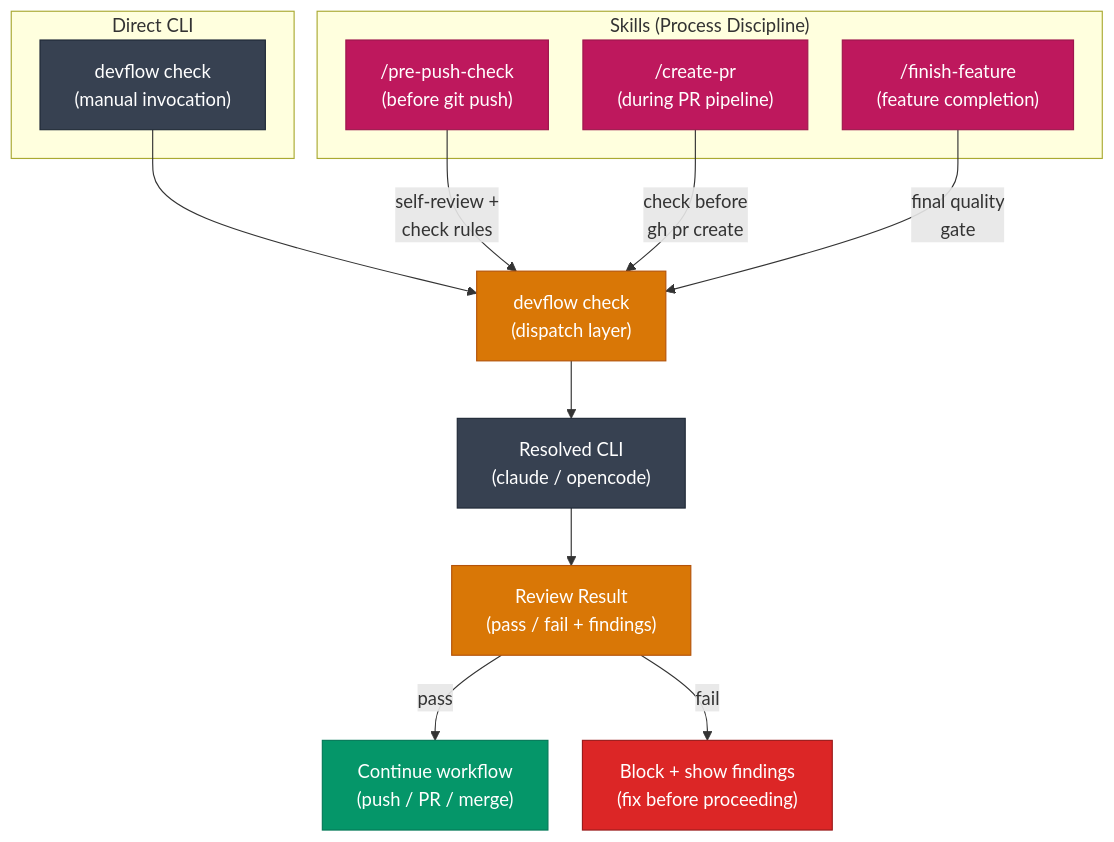
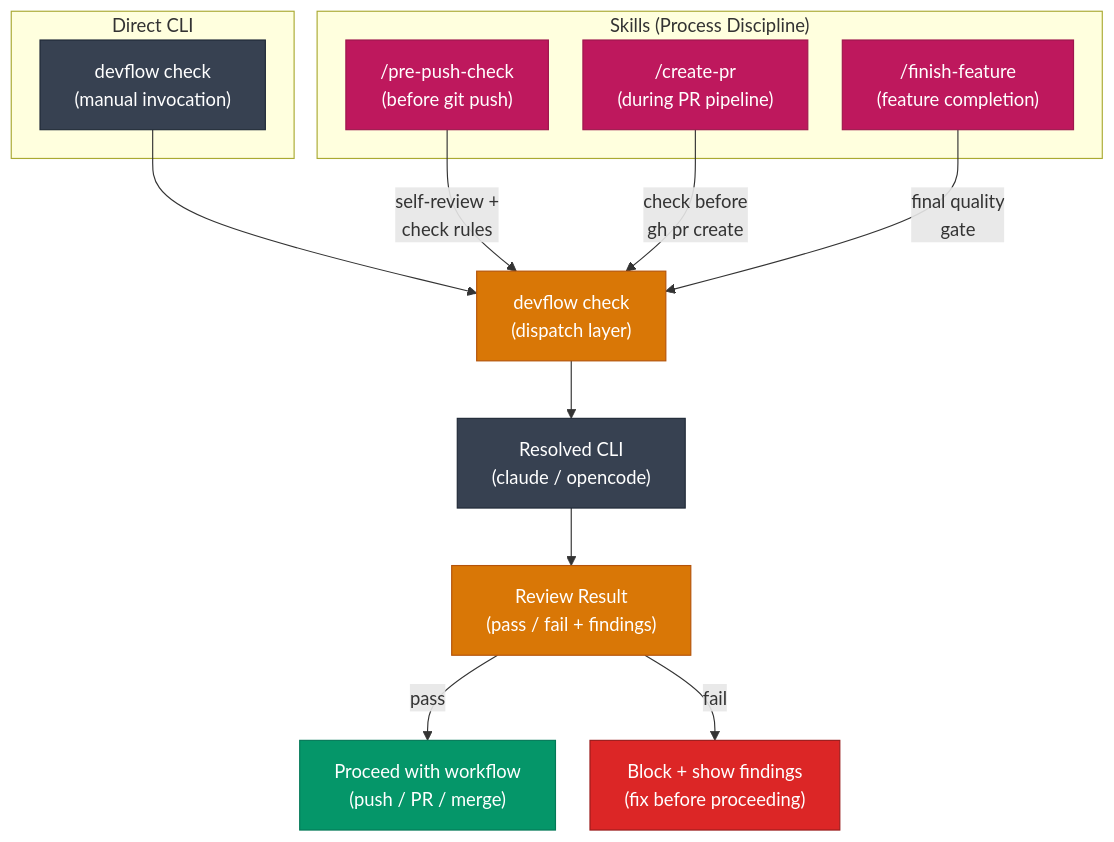
One commit to AndreJorgeLopes/devflow changed the third of 3 diagrams in visualizations/architecture/code-review-architecture.md. Above: the diagram before and after it, drawn with Mermaid. The commit also changed 1 other file, not shown here.

Commit message:
fix: rename remaining mermaid node IDs from Continue to Review/PASS

````diff
--- a/visualizations/architecture/code-review-architecture.md
+++ b/visualizations/architecture/code-review-architecture.md
@@ -110,41 +110,41 @@
 ```mermaid
 %%{init: {'flowchart': {'rankSpacing': 50, 'nodeSpacing': 30, 'diagramPadding': 15}}}%%
 flowchart TD
     subgraph DirectInvocation [" Direct CLI "]
         DIRECT["devflow check\n(manual invocation)"]
     end
 
     subgraph Skills [" Skills (Process Discipline) "]
         PREPUSH["/pre-push-check\n(before git push)"]
         CREATEPR["/create-pr\n(during PR pipeline)"]
         FINISH["/finish-feature\n(feature completion)"]
     end
 
     CHECK["devflow check\n(dispatch layer)"]
     CLI["Resolved CLI\n(claude / opencode)"]
     RESULT["Review Result\n(pass / fail + findings)"]
 
     DIRECT --> CHECK
     PREPUSH -->|"self-review +\ncheck rules"| CHECK
     CREATEPR -->|"check before\ngh pr create"| CHECK
     FINISH -->|"final quality\ngate"| CHECK
 
     CHECK --> CLI
     CLI --> RESULT
 
-    RESULT -->|"pass"| CONTINUE["Continue workflow\n(push / PR / merge)"]
+    RESULT -->|"pass"| PASS["Proceed with workflow\n(push / PR / merge)"]
     RESULT -->|"fail"| BLOCK["Block + show findings\n(fix before proceeding)"]
 
     classDef reviewStyle fill:#d97706,color:#fff,stroke:#b45309
     classDef skillsStyle fill:#be185d,color:#fff,stroke:#9d174d
     classDef cliStyle fill:#374151,color:#fff,stroke:#1f2937
     classDef passStyle fill:#059669,color:#fff,stroke:#047857
     classDef failStyle fill:#dc2626,color:#fff,stroke:#991b1b
 
     class DIRECT cliStyle
     class PREPUSH,CREATEPR,FINISH skillsStyle
     class CHECK,RESULT reviewStyle
     class CLI cliStyle
-    class CONTINUE passStyle
+    class PASS passStyle
     class BLOCK failStyle
 ```
````
